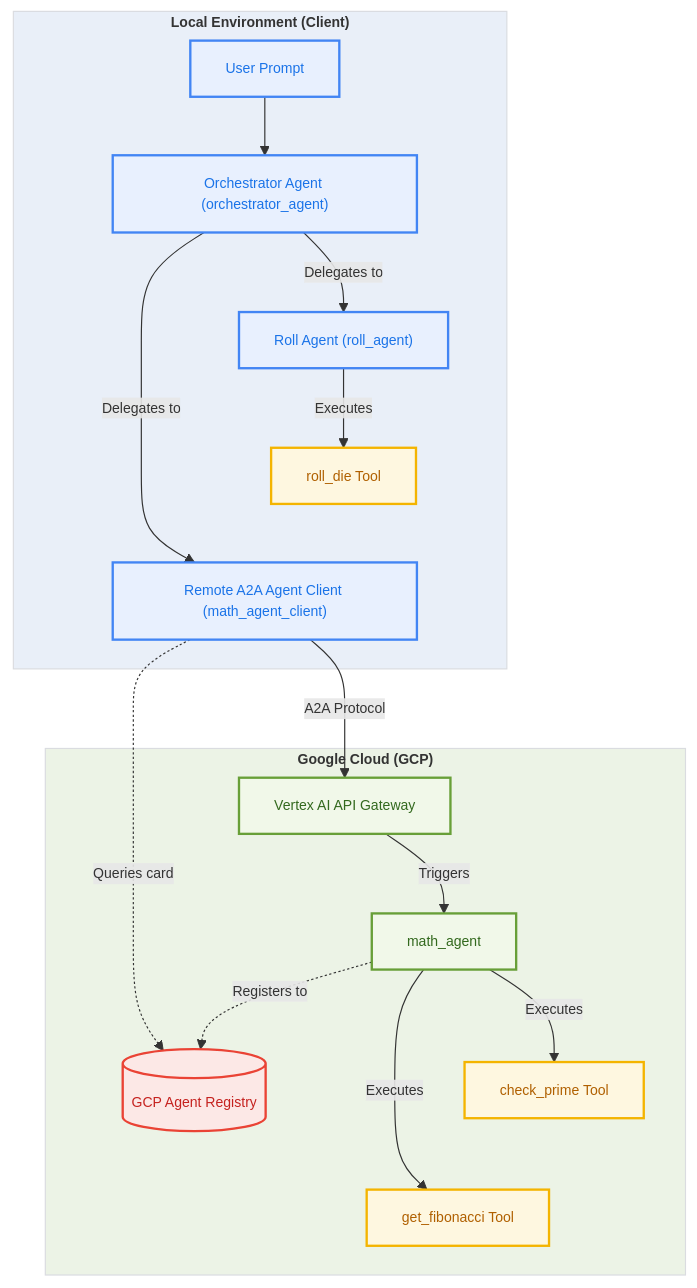
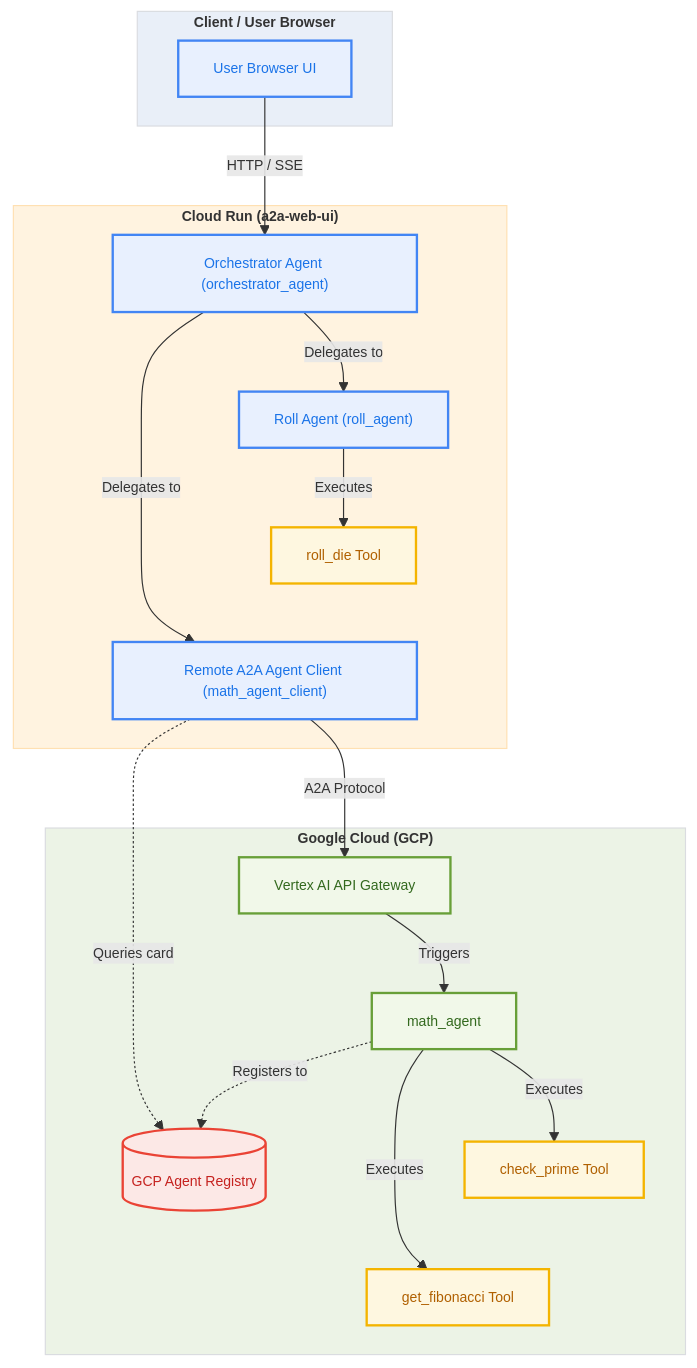
Before and after one commit to hning86/a2a-agent-registry: the diagram in README.md, drawn with Mermaid. The commit also changed other lines of this file, not shown here.

Commit message:
docs: update README.md with cloud run deployment topology, environment variables, and IAM roles

````diff
--- a/README.md
+++ b/README.md
@@ -75,56 +75,60 @@
 ```mermaid
 %%{init: {'themeVariables': {'fontSize': '12px', 'subgraphFontSize': '13px'}}}%%
 graph TD
-    subgraph localEnv ["<b>Local Environment (Client)</b>"]
-        User["User Prompt"]
+    subgraph userEnv ["<b>Client / User Browser</b>"]
+        User["User Browser UI"]
+    end
+
+    subgraph runEnv ["<b>Cloud Run (a2a-web-ui)</b>"]
         Orchestrator["Orchestrator Agent (orchestrator_agent)"]
         RemoteAgentClient["Remote A2A Agent Client (math_agent_client)"]
         RollAgent["Roll Agent (roll_agent)"]
         RollDie["roll_die Tool"]
     end
 
     subgraph gcpEnv ["<b>Google Cloud (GCP)</b>"]
         Registry[("GCP Agent Registry")]
         Gateway["Vertex AI API Gateway"]
         ReasoningEngine["math_agent"]
         CheckPrime["check_prime Tool"]
         GetFibonacci["get_fibonacci Tool"]
     end
 
-    %% Vertical alignment force inside Local Env to stack components vertically
+    %% Vertical alignment force inside Run Env to stack components vertically
     RollDie ~~~ RemoteAgentClient
 
     %% Vertical alignment force inside GCP Env to keep it narrow and aligned
     Gateway ~~~ Registry
     CheckPrime ~~~ GetFibonacci
 
     %% Local Connections
-    User --> Orchestrator
+    User -->|HTTP / SSE| Orchestrator
     Orchestrator -->|Delegates to| RollAgent
     RollAgent -->|Executes| RollDie
     Orchestrator -->|Delegates to| RemoteAgentClient
 
     %% GCP Connections
     Gateway -->|Triggers| ReasoningEngine
     ReasoningEngine -->|Executes| CheckPrime
     ReasoningEngine -->|Executes| GetFibonacci
     ReasoningEngine -.->|Registers to| Registry
 
     %% Cross-Environment Connections
     RemoteAgentClient -.->|Queries card| Registry
     RemoteAgentClient -->|A2A Protocol| Gateway
 
     style User fill:#e8f0fe,stroke:#4285f4,stroke-width:2px,color:#1a73e8
     style Orchestrator fill:#e8f0fe,stroke:#4285f4,stroke-width:2px,color:#1a73e8
     style RollAgent fill:#e8f0fe,stroke:#4285f4,stroke-width:2px,color:#1a73e8
     style RemoteAgentClient fill:#e8f0fe,stroke:#4285f4,stroke-width:2px,color:#1a73e8
     style Registry fill:#fce8e6,stroke:#ea4335,stroke-width:2px,color:#c5221f
     style Gateway fill:#f1f8e9,stroke:#689f38,stroke-width:2px,color:#33691e
     style ReasoningEngine fill:#f1f8e9,stroke:#689f38,stroke-width:2px,color:#33691e
     style RollDie fill:#fef7e0,stroke:#f4b400,stroke-width:2px,color:#b06000
     style CheckPrime fill:#fef7e0,stroke:#f4b400,stroke-width:2px,color:#b06000
     style GetFibonacci fill:#fef7e0,stroke:#f4b400,stroke-width:2px,color:#b06000
 
-    style localEnv fill:#e9eff8,stroke:#dadce0,stroke-width:1px
+    style userEnv fill:#e9eff8,stroke:#dadce0,stroke-width:1px
+    style runEnv fill:#fff3e0,stroke:#ffe0b2,stroke-width:1px
     style gcpEnv fill:#ecf3e6,stroke:#dadce0,stroke-width:1px
 ```
````
